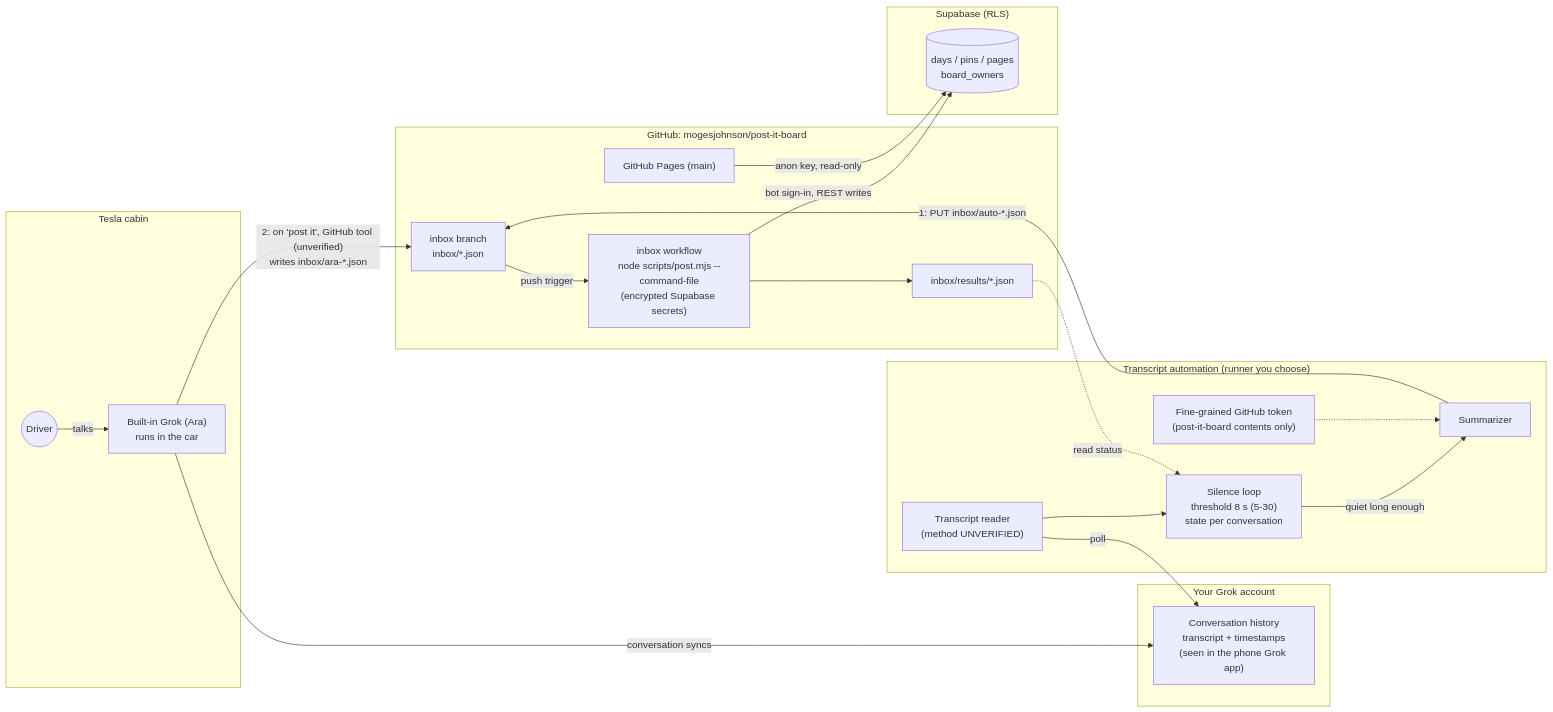
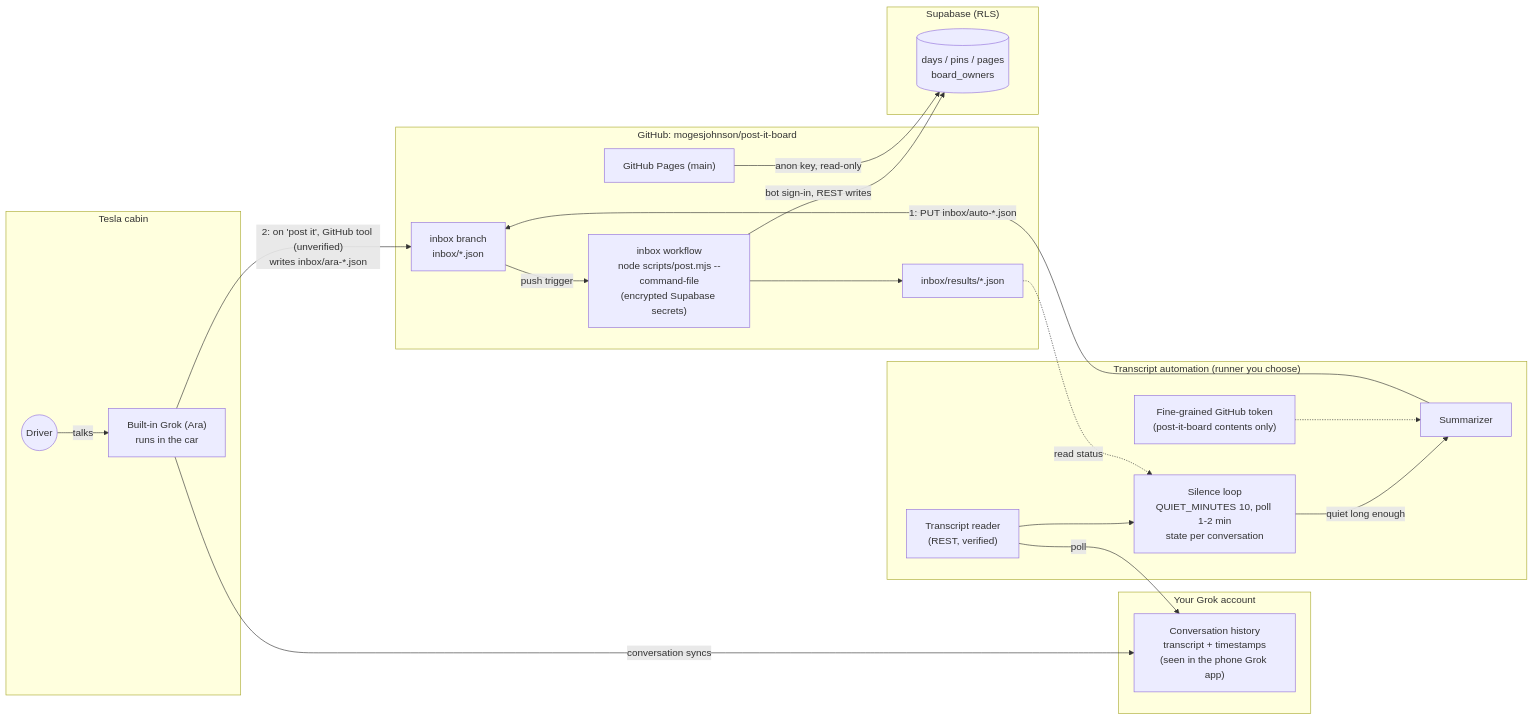
The first of 3 diagrams in docs/architecture.md (mogesjohnson/how-to-post-it), drawn with Mermaid before and after one commit. The commit also changed other lines of this file and 5 other files, not shown here.

First line of the commit message:
Transcript automation: REST reads verified (issue #2), quiet threshold 10 min

````diff
--- a/docs/architecture.md
+++ b/docs/architecture.md
@@ -17,49 +17,49 @@
 ```mermaid
 flowchart LR
   subgraph Car["Tesla cabin"]
     Driver(("Driver"))
     BuiltIn["Built-in Grok (Ara)<br/>runs in the car"]
   end
 
   subgraph Grok["Your Grok account"]
     History["Conversation history<br/>transcript + timestamps<br/>(seen in the phone Grok app)"]
   end
 
   subgraph Runner["Transcript automation (runner you choose)"]
-    Reader["Transcript reader<br/>(method UNVERIFIED)"]
-    Loop["Silence loop<br/>threshold 8 s (5-30)<br/>state per conversation"]
+    Reader["Transcript reader<br/>(REST, verified)"]
+    Loop["Silence loop<br/>QUIET_MINUTES 10, poll 1-2 min<br/>state per conversation"]
     Sum["Summarizer"]
     Tok["Fine-grained GitHub token<br/>(post-it-board contents only)"]
   end
 
   subgraph GH["GitHub: mogesjohnson/post-it-board"]
     Inbox["inbox branch<br/>inbox/*.json"]
     Actions["inbox workflow<br/>node scripts/post.mjs --command-file<br/>(encrypted Supabase secrets)"]
     Results["inbox/results/*.json"]
     Pages["GitHub Pages (main)"]
   end
 
   subgraph SB["Supabase (RLS)"]
     DB[("days / pins / pages<br/>board_owners")]
   end
 
   Driver -- "talks" --> BuiltIn
   BuiltIn -- "conversation syncs" --> History
 
   %% Path 1
   Reader -- "poll" --> History
   Reader --> Loop
   Loop -- "quiet long enough" --> Sum
   Tok -.-> Sum
   Sum -- "1: PUT inbox/auto-*.json" --> Inbox
 
   %% Path 2
   BuiltIn -- "2: on 'post it', GitHub tool (unverified)<br/>writes inbox/ara-*.json" --> Inbox
 
   %% Shared
   Inbox -- "push trigger" --> Actions
   Actions -- "bot sign-in, REST writes" --> DB
   Actions --> Results
   Results -. "read status" .-> Loop
   Pages -- "anon key, read-only" --> DB
 ```
````
